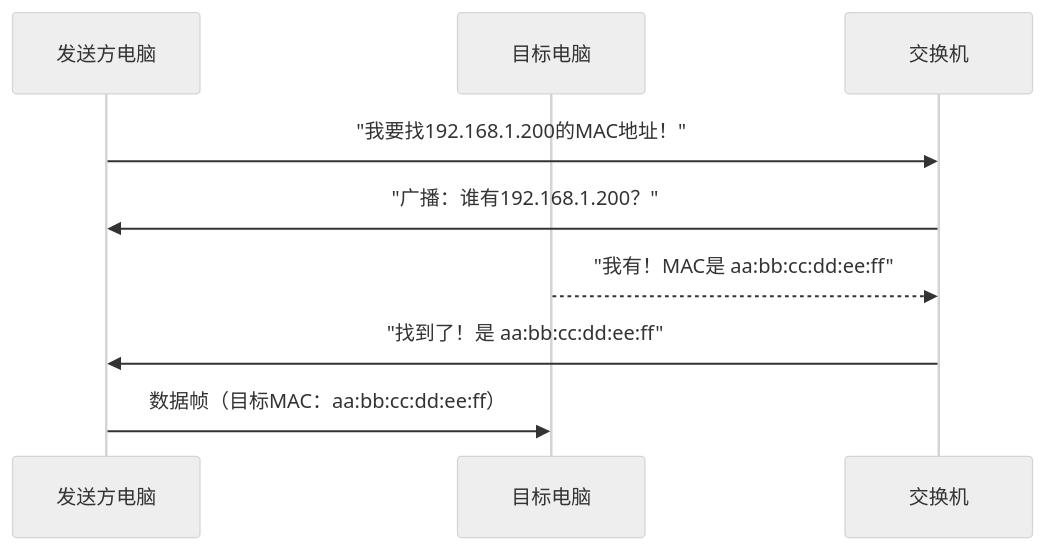
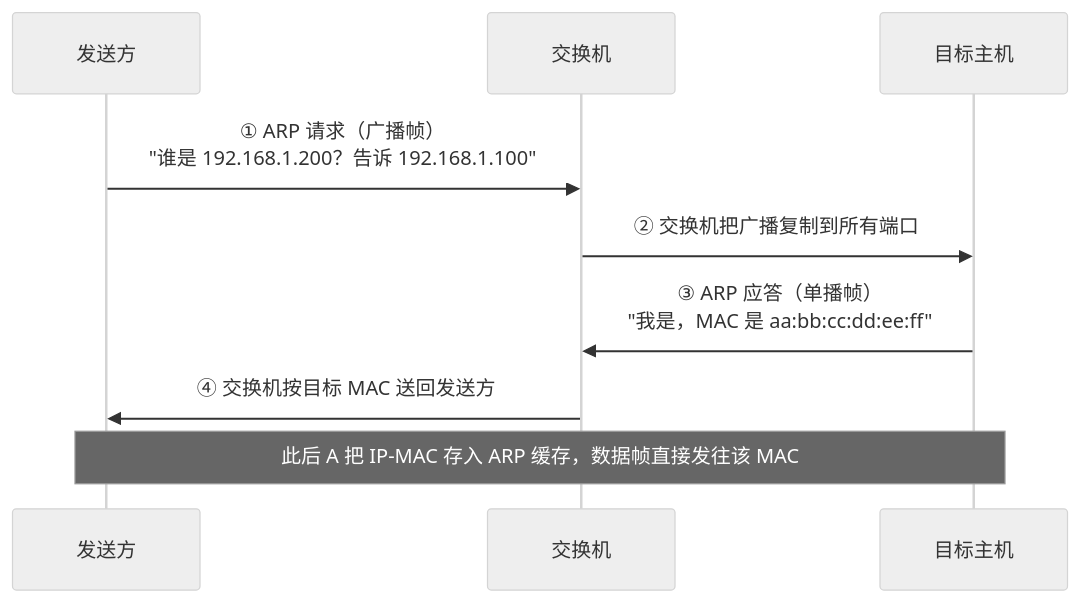
The fifth of 6 diagrams in content/linux/net_basic/Chapter-29-Network-Fundamentals.md (before80/prgms), drawn with Mermaid (neutral theme) before and after one commit. The commit also changed other lines of this file and 1645 other files, not shown here.

````diff
--- a/content/linux/net_basic/Chapter-29-Network-Fundamentals.md
+++ b/content/linux/net_basic/Chapter-29-Network-Fundamentals.md
@@ -437,12 +468,12 @@
 ```mermaid
 sequenceDiagram
-    participant A as 发送方电脑
-    participant B as 目标电脑
+    participant A as 发送方
     participant S as 交换机
+    participant B as 目标主机
 
-    A->>S: "我要找192.168.1.200的MAC地址！"
-    S->>A: "广播：谁有192.168.1.200？"
-    B-->>S: "我有！MAC是 aa:bb:cc:dd:ee:ff"
-    S->>A: "找到了！是 aa:bb:cc:dd:ee:ff"
-    A->>B: 数据帧（目标MAC：aa:bb:cc:dd:ee:ff）
+    A->>S: ① ARP 请求（广播帧）<br/>"谁是 192.168.1.200？告诉 192.168.1.100"
+    S->>B: ② 交换机把广播复制到所有端口
+    B->>S: ③ ARP 应答（单播帧）<br/>"我是，MAC 是 aa:bb:cc:dd:ee:ff"
+    S->>A: ④ 交换机按目标 MAC 送回发送方
+    Note over A,B: 此后 A 把 IP-MAC 存入 ARP 缓存，数据帧直接发往该 MAC
 ```
````
